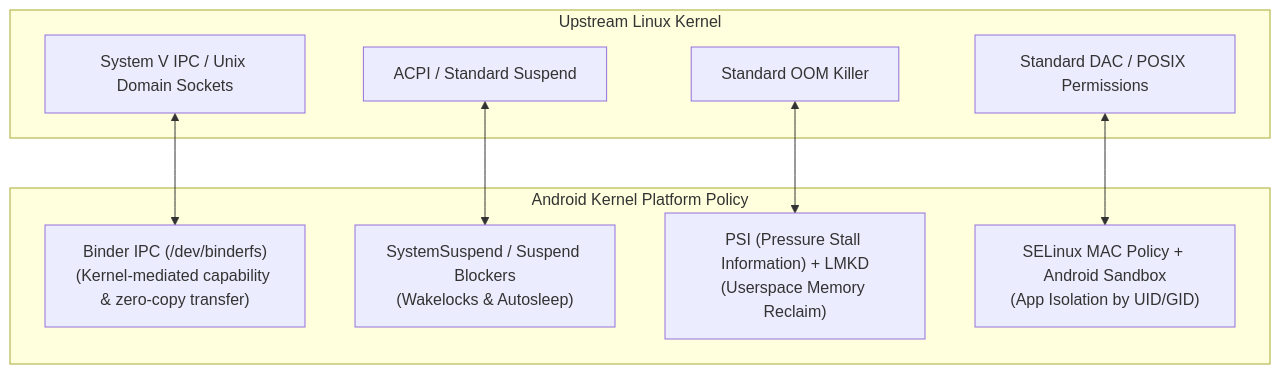
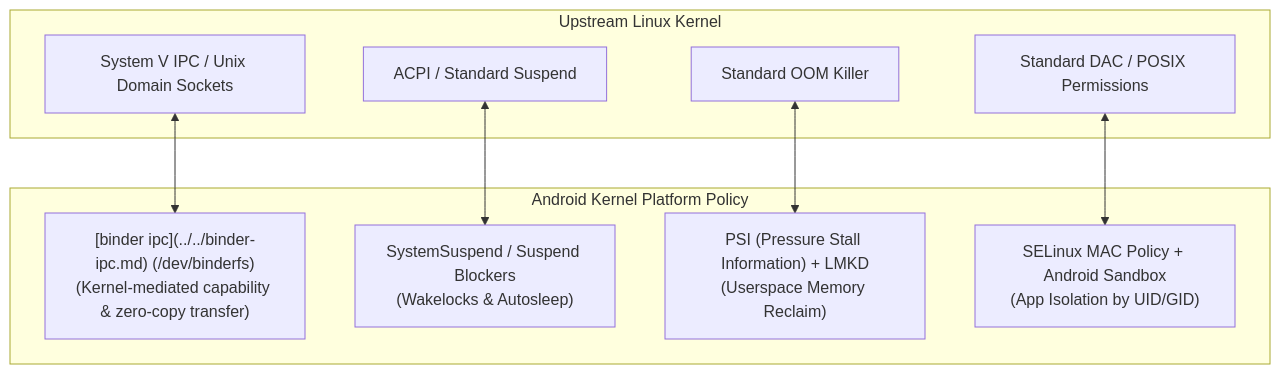
Before and after one commit to youngmin-gwon/what-i-studied: the diagram in 01_inbox/mobile/android/01_system_internals/kernel-and-hal/kernel-contracts/android-kernel-is-linux-plus-mobile-platform-policy.md, drawn with Mermaid. The commit also changed 185 other files, not shown here.

````diff
--- a/01_inbox/mobile/android/01_system_internals/kernel-and-hal/kernel-contracts/android-kernel-is-linux-plus-mobile-platform-policy.md
+++ b/01_inbox/mobile/android/01_system_internals/kernel-and-hal/kernel-contracts/android-kernel-is-linux-plus-mobile-platform-policy.md
@@ -23,19 +23,19 @@
 ```mermaid
 graph TD
     subgraph Upstream Linux Kernel
         A1[System V IPC / Unix Domain Sockets]
         A2[ACPI / Standard Suspend]
         A3[Standard OOM Killer]
         A4[Standard DAC / POSIX Permissions]
     end
     subgraph Android Kernel Platform Policy
-        B1["Binder IPC (/dev/binderfs)\n(Kernel-mediated capability & zero-copy transfer)"]
+        B1["[binder ipc](../../binder-ipc.md) (/dev/binderfs)\n(Kernel-mediated capability & zero-copy transfer)"]
         B2["SystemSuspend / Suspend Blockers\n(Wakelocks & Autosleep)"]
         B3["PSI (Pressure Stall Information) + LMKD\n(Userspace Memory Reclaim)"]
         B4["SELinux MAC Policy + Android Sandbox\n(App Isolation by UID/GID)"]
     end
     A1 <--> B1
     A2 <--> B2
     A3 <--> B3
     A4 <--> B4
 ```
````
